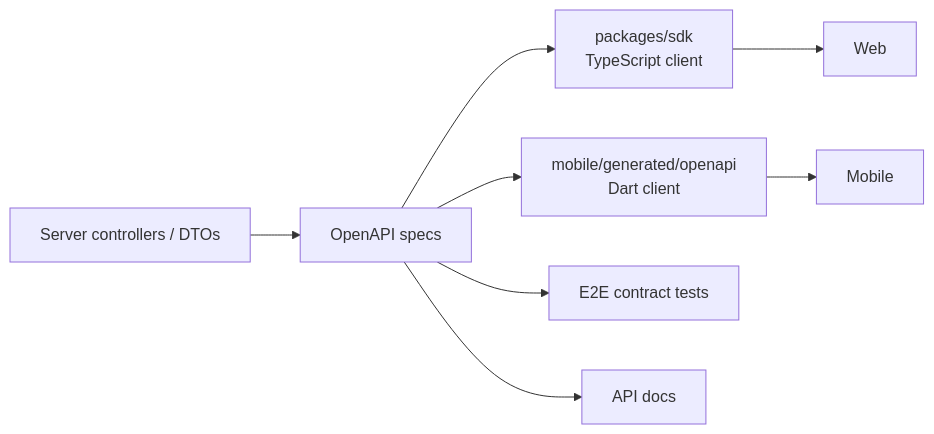
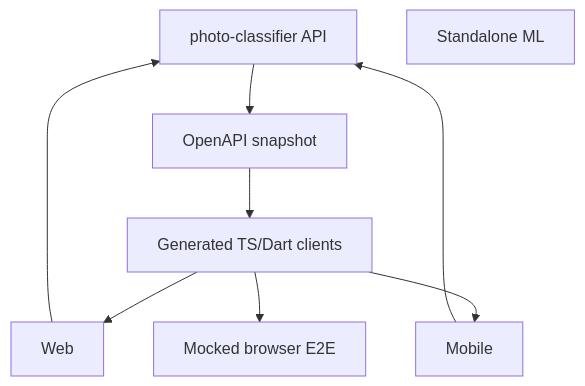
The diagram in engineering/module-map.md (ruoyiran/immich), drawn with Mermaid before and after one commit. The commit also changed other lines of this file and 816 other files, not shown here.

````diff
--- a/engineering/module-map.md
+++ b/engineering/module-map.md
@@ -62,17 +23,17 @@
 ```mermaid
-flowchart LR
-  Server[Server controllers / DTOs]
-  Spec[OpenAPI specs]
-  TSSDK[packages/sdk\nTypeScript client]
+flowchart TD
+  External[photo-classifier API]
+  Spec[OpenAPI snapshot]
+  SDK[Generated TS/Dart clients]
   Web[Web]
-  DartSDK[mobile/generated/openapi\nDart client]
   Mobile[Mobile]
-  E2E[E2E contract tests]
-  Docs[API docs]
+  E2E[Mocked browser E2E]
+  ML[Standalone ML]
 
-  Server --> Spec
-  Spec --> TSSDK --> Web
-  Spec --> DartSDK --> Mobile
-  Spec --> E2E
-  Spec --> Docs
+  External --> Spec --> SDK
+  SDK --> Web
+  SDK --> Mobile
+  SDK --> E2E
+  Web --> External
+  Mobile --> External
 ```
````
